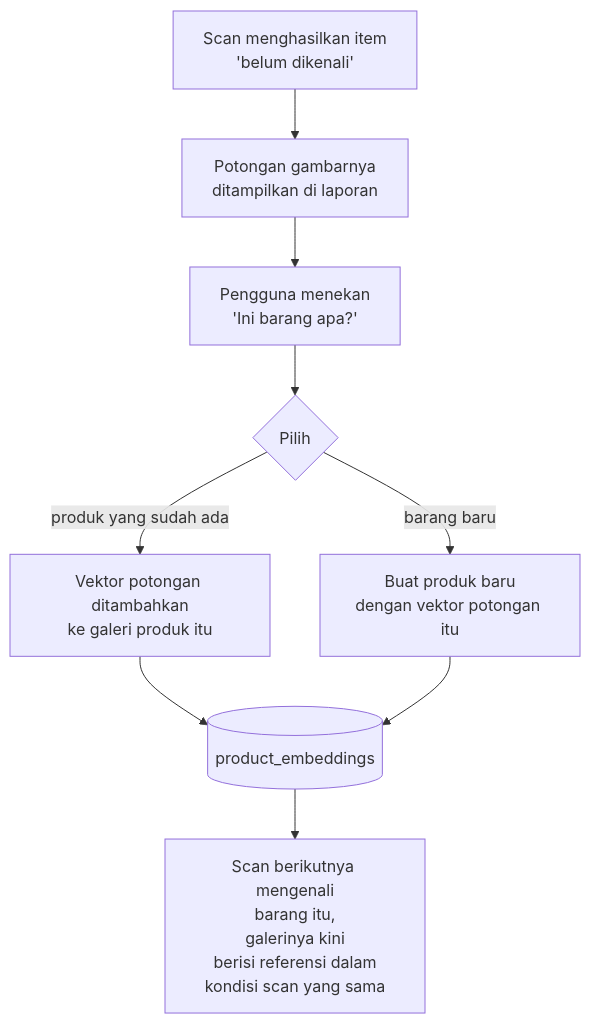
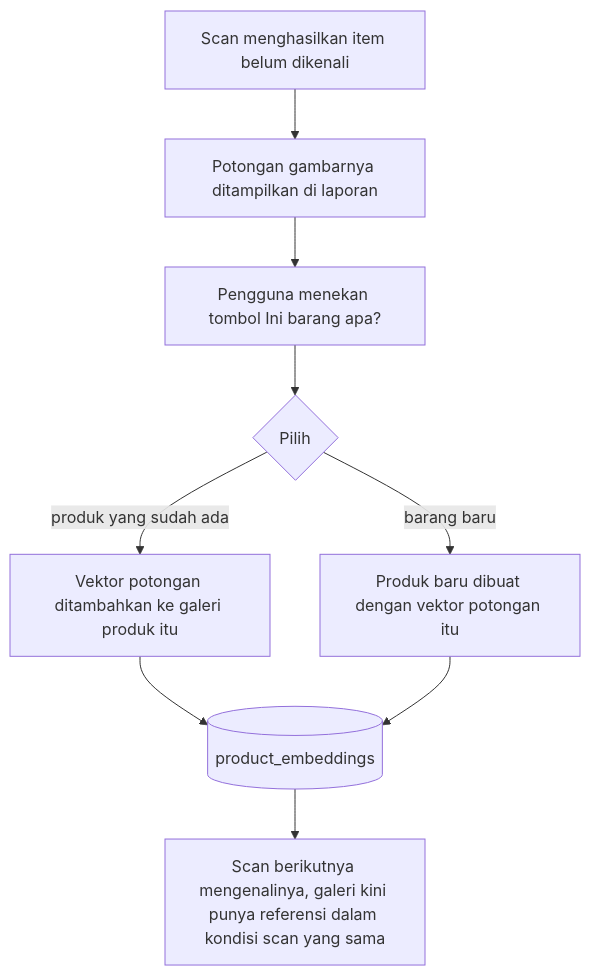
One commit to marshal-rizky/Stocklens changed the eighth of 11 diagrams in docs/proposal/DRAFT-PROPOSAL.md. Above: the diagram before and after it, drawn with Mermaid. The commit also changed other lines of this file and 2 other files, not shown here.

````diff
--- a/docs/proposal/DRAFT-PROPOSAL.md
+++ b/docs/proposal/DRAFT-PROPOSAL.md
@@ -369,11 +345,15 @@
 ```mermaid
 flowchart TB
-    U1["Scan menghasilkan item<br/>'belum dikenali'"] --> U2["Potongan gambarnya<br/>ditampilkan di laporan"]
-    U2 --> U3["Pengguna menekan<br/>'Ini barang apa?'"]
-    U3 --> U4{"Pilih"}
-    U4 -- "produk yang sudah ada" --> U5["Vektor potongan ditambahkan<br/>ke galeri produk itu"]
-    U4 -- "barang baru" --> U6["Buat produk baru<br/>dengan vektor potongan itu"]
-    U5 --> U7[("product_embeddings")]
-    U6 --> U7
-    U7 --> U8["Scan berikutnya mengenali<br/>barang itu,<br/>galerinya kini<br/>berisi referensi dalam<br/>kondisi scan yang sama"]
+    U1["Scan menghasilkan item belum dikenali"]
+    U2["Potongan gambarnya ditampilkan di laporan"]
+    U3["Pengguna menekan tombol Ini barang apa?"]
+    U4{"Pilih"}
+    U5["Vektor potongan ditambahkan ke galeri produk itu"]
+    U6["Produk baru dibuat dengan vektor potongan itu"]
+    U7[("product_embeddings")]
+    U8["Scan berikutnya mengenalinya, galeri kini punya referensi dalam kondisi scan yang sama"]
+    U1 --> U2 --> U3 --> U4
+    U4 -- "produk yang sudah ada" --> U5 --> U7
+    U4 -- "barang baru" --> U6 --> U7
+    U7 --> U8
 ```
````
